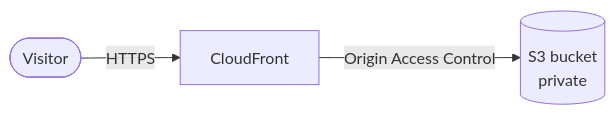
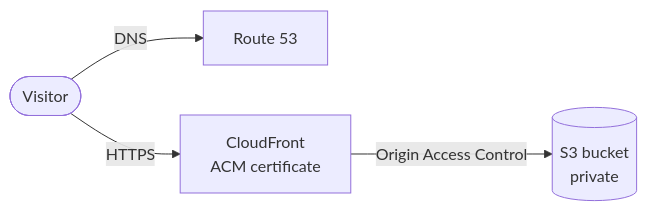
The diagram in README.md (pedrohbortolini/cloud-resume-site), drawn with Mermaid before and after one commit. The commit also changed other lines of this file and 5 other files, not shown here.

Commit message:
infra: custom domain with ACM and Route 53 aliases

````diff
--- a/README.md
+++ b/README.md
@@ -9,5 +9,6 @@
 ```mermaid
 flowchart LR
-    visitor(["Visitor"]) -- "HTTPS" --> cf["CloudFront"]
+    visitor(["Visitor"]) -- "DNS" --> r53["Route 53"]
+    visitor -- "HTTPS" --> cf["CloudFront<br/>ACM certificate"]
     cf -- "Origin Access Control" --> s3[("S3 bucket<br/>private")]
 ```
````
